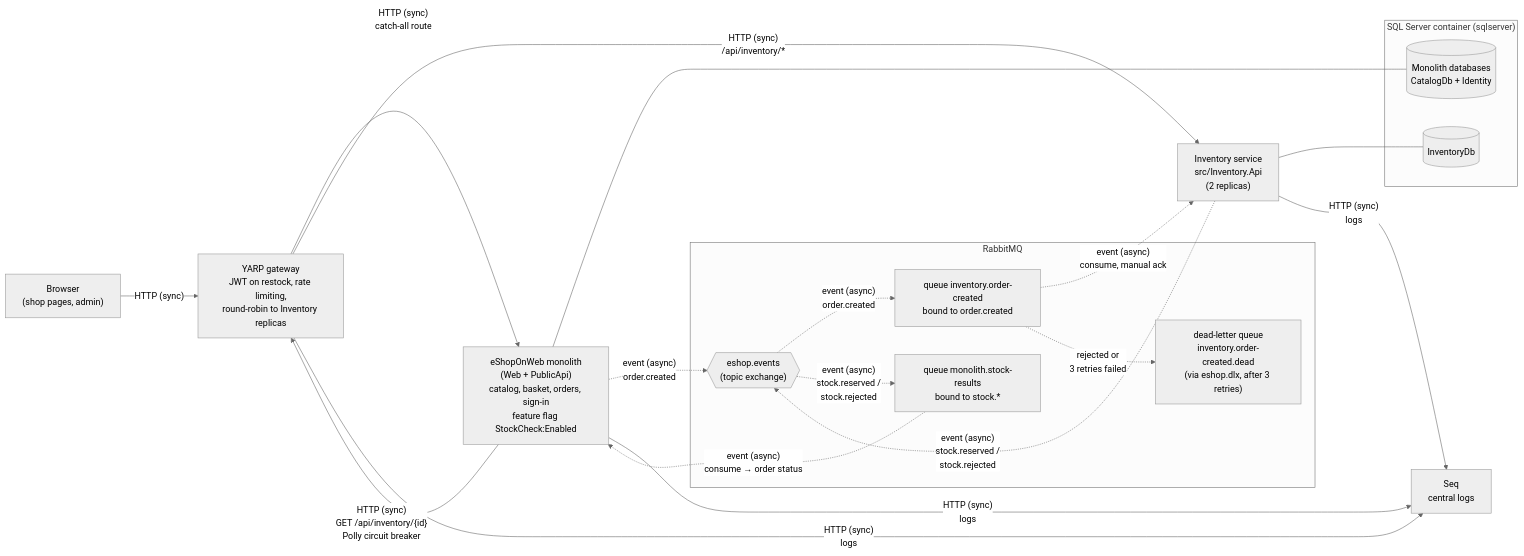
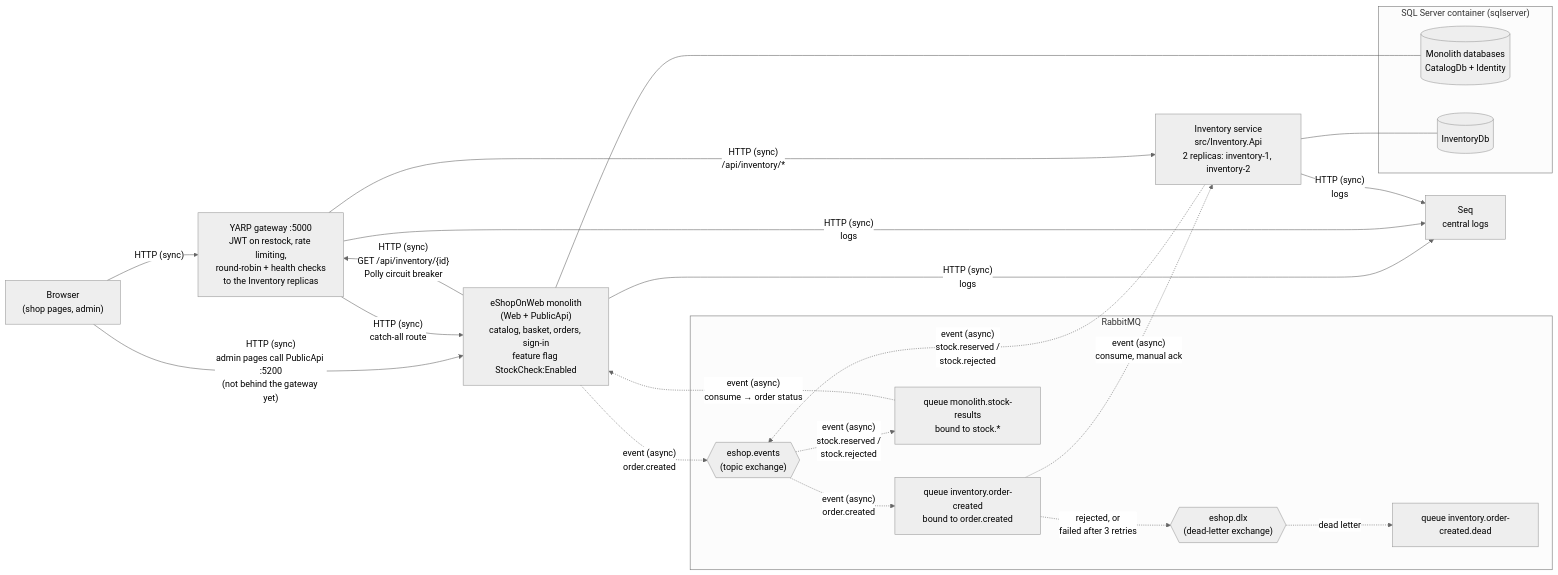
Before and after one commit to shoaibalirts/eShopOnWeb: the first of 2 diagrams in architecture/02-target-architecture.md, drawn with Mermaid (neutral theme). The commit also changed other lines of this file and 2 other files, not shown here.

First line of the commit message:
Update architecture diagrams to the final design

````diff
--- a/architecture/02-target-architecture.md
+++ b/architecture/02-target-architecture.md
@@ -8,44 +8,47 @@
 ```mermaid
 graph LR
     Browser["Browser<br/>(shop pages, admin)"]
 
-    GW["YARP gateway<br/>JWT on restock, rate limiting,<br/>round-robin to Inventory replicas"]
+    GW["YARP gateway :5000<br/>JWT on restock, rate limiting,<br/>round-robin + health checks<br/>to the Inventory replicas"]
 
     Mono["eShopOnWeb monolith<br/>(Web + PublicApi)<br/>catalog, basket, orders, sign-in<br/>feature flag StockCheck:Enabled"]
 
-    Inv["Inventory service<br/>src/Inventory.Api<br/>(2 replicas)"]
+    Inv["Inventory service<br/>src/Inventory.Api<br/>2 replicas: inventory-1, inventory-2"]
 
     subgraph SQL["SQL Server container (sqlserver)"]
         MonoDB[("Monolith databases<br/>CatalogDb + Identity")]
         InvDB[("InventoryDb")]
     end
 
     subgraph MQ["RabbitMQ"]
         EX{{"eshop.events<br/>(topic exchange)"}}
         QInv["queue inventory.order-created<br/>bound to order.created"]
         QMono["queue monolith.stock-results<br/>bound to stock.*"]
-        DLQ["dead-letter queue<br/>inventory.order-created.dead<br/>(via eshop.dlx, after 3 retries)"]
+        DLX{{"eshop.dlx<br/>(dead-letter exchange)"}}
+        DLQ["queue inventory.order-created.dead"]
     end
 
     Seq["Seq<br/>central logs"]
 
     Browser -- "HTTP (sync)" --> GW
+    Browser -- "HTTP (sync)<br/>admin pages call PublicApi :5200<br/>(not behind the gateway yet)" --> Mono
     GW -- "HTTP (sync)<br/>catch-all route" --> Mono
     GW -- "HTTP (sync)<br/>/api/inventory/*" --> Inv
     Mono -- "HTTP (sync)<br/>GET /api/inventory/{id}<br/>Polly circuit breaker" --> GW
 
     Mono --- MonoDB
     Inv --- InvDB
 
     Mono -. "event (async)<br/>order.created" .-> EX
     EX -. "event (async)<br/>order.created" .-> QInv
     QInv -. "event (async)<br/>consume, manual ack" .-> Inv
     Inv -. "event (async)<br/>stock.reserved /<br/>stock.rejected" .-> EX
     EX -. "event (async)<br/>stock.reserved /<br/>stock.rejected" .-> QMono
     QMono -. "event (async)<br/>consume → order status" .-> Mono
-    QInv -. "rejected or<br/>3 retries failed" .-> DLQ
+    QInv -. "rejected, or<br/>failed after 3 retries" .-> DLX
+    DLX -. "dead letter" .-> DLQ
 
     Mono -- "HTTP (sync)<br/>logs" --> Seq
     GW -- "HTTP (sync)<br/>logs" --> Seq
     Inv -- "HTTP (sync)<br/>logs" --> Seq
 ```
````
